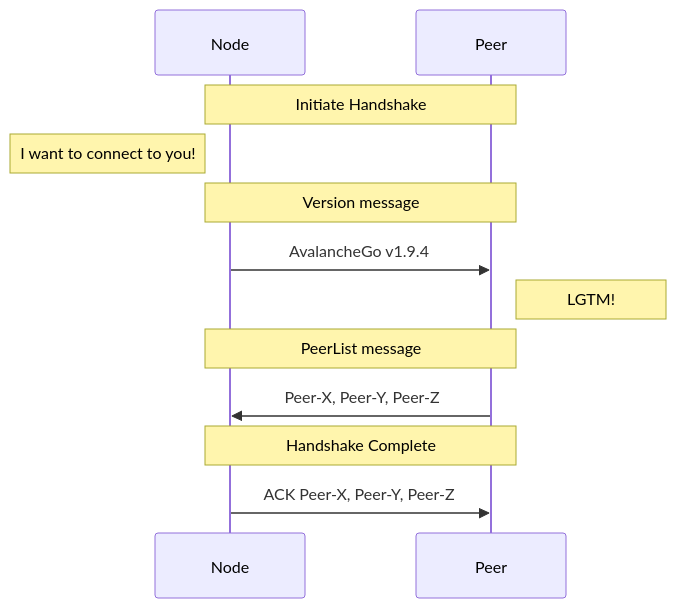
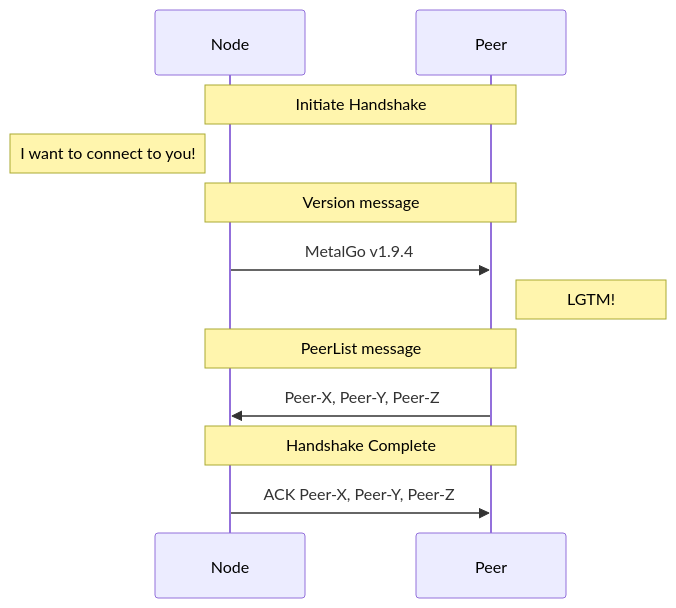
One commit to squdgy/metalgo changed the third of 5 diagrams in network/README.md. Above: the diagram before and after it, drawn with Mermaid. The commit also changed other lines of this file and 37 other files, not shown here.

````diff
--- a/network/README.md
+++ b/network/README.md
@@ -72,12 +72,12 @@
 ```mermaid
 sequenceDiagram
 Note over Node,Peer: Initiate Handshake
 Note left of Node: I want to connect to you!
 Note over Node,Peer: Version message
-Node->>Peer: AvalancheGo v1.9.4
+Node->>Peer: MetalGo v1.9.4
 Note right of Peer: LGTM!
 Note over Node,Peer: PeerList message
 Peer->>Node: Peer-X, Peer-Y, Peer-Z
 Note over Node,Peer: Handshake Complete
 Node->>Peer: ACK Peer-X, Peer-Y, Peer-Z
 ```
````
